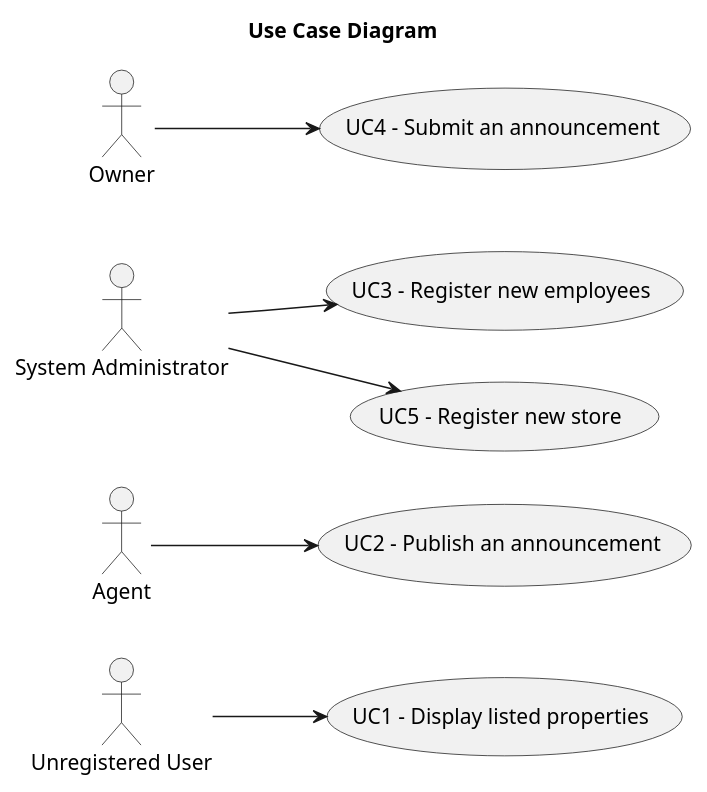
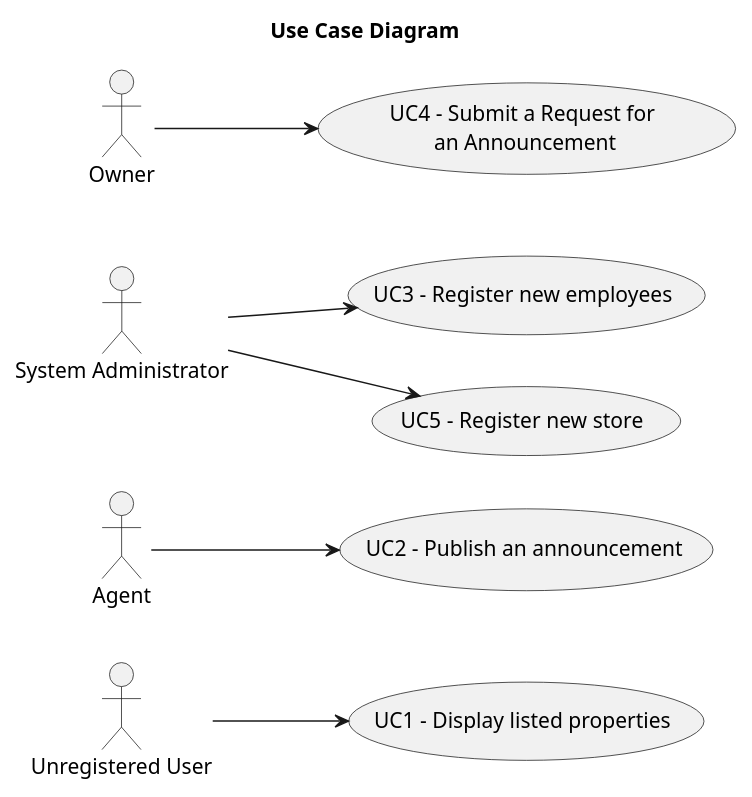
The diagram in docs/sprintB/global-artifacts/01.requirements-engineering/puml/use-case-diagram.puml (rita-barbosa/LAPR2-2223), drawn with PlantUML before and after one commit. The commit also changed 4 other files, not shown here.

```diff
--- a/docs/sprintB/global-artifacts/01.requirements-engineering/puml/use-case-diagram.puml
+++ b/docs/sprintB/global-artifacts/01.requirements-engineering/puml/use-case-diagram.puml
@@ -1,25 +1,25 @@
 @startuml
 'skinparam monochrome true
 skinparam packageStyle rectangle
 'skinparam shadowing false
 
 skinparam rectangle{
     BorderColor yellow
 }
 
 title Use Case Diagram
 
 left to right direction
 
     usecase "UC1 - Display listed properties" as UC1
         "Unregistered User" --> UC1
     usecase "UC2 - Publish an announcement" as UC2
         "Agent" --> UC2
     usecase "UC3 - Register new employees" as UC3
         "System Administrator" --> UC3
     usecase "UC5 - Register new store" as UC5
         "System Administrator" --> UC5
-     usecase "UC4 - Submit an announcement" as UC4
+     usecase "UC4 - Submit a Request for\n an Announcement" as UC4
         "Owner" --> UC4
 
 @enduml
```
